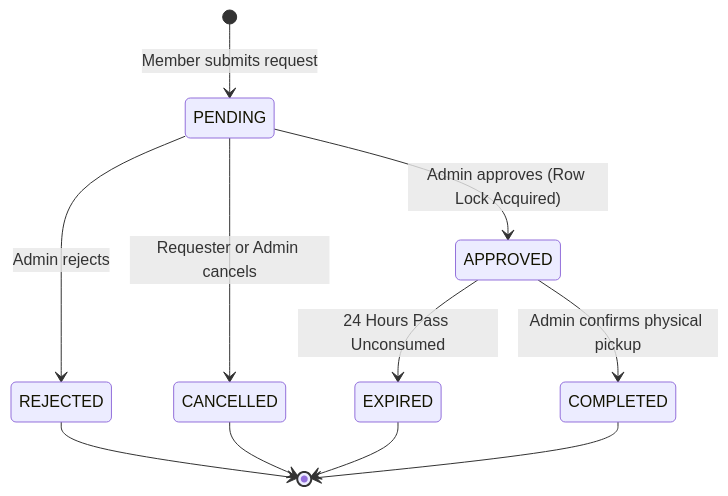
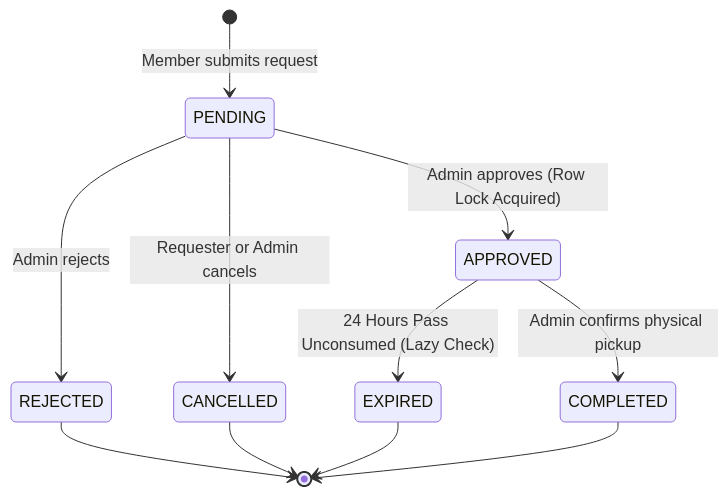
Before and after one commit to bhavanaaa-1/fridge-police: the second of 2 diagrams in LLD.md, drawn with Mermaid. The commit also changed other lines of this file and 4 other files, not shown here.

````diff
--- a/LLD.md
+++ b/LLD.md
@@ -244,13 +243,13 @@
 ```mermaid
 stateDiagram-v2
     [*] --> PENDING : Member submits request
     PENDING --> REJECTED : Admin rejects
     PENDING --> CANCELLED : Requester or Admin cancels
     PENDING --> APPROVED : Admin approves (Row Lock Acquired)
-    APPROVED --> EXPIRED : 24 Hours Pass Unconsumed
+    APPROVED --> EXPIRED : 24 Hours Pass Unconsumed (Lazy Check)
     APPROVED --> COMPLETED : Admin confirms physical pickup
     REJECTED --> [*]
     CANCELLED --> [*]
     EXPIRED --> [*]
     COMPLETED --> [*]
 ```
````
